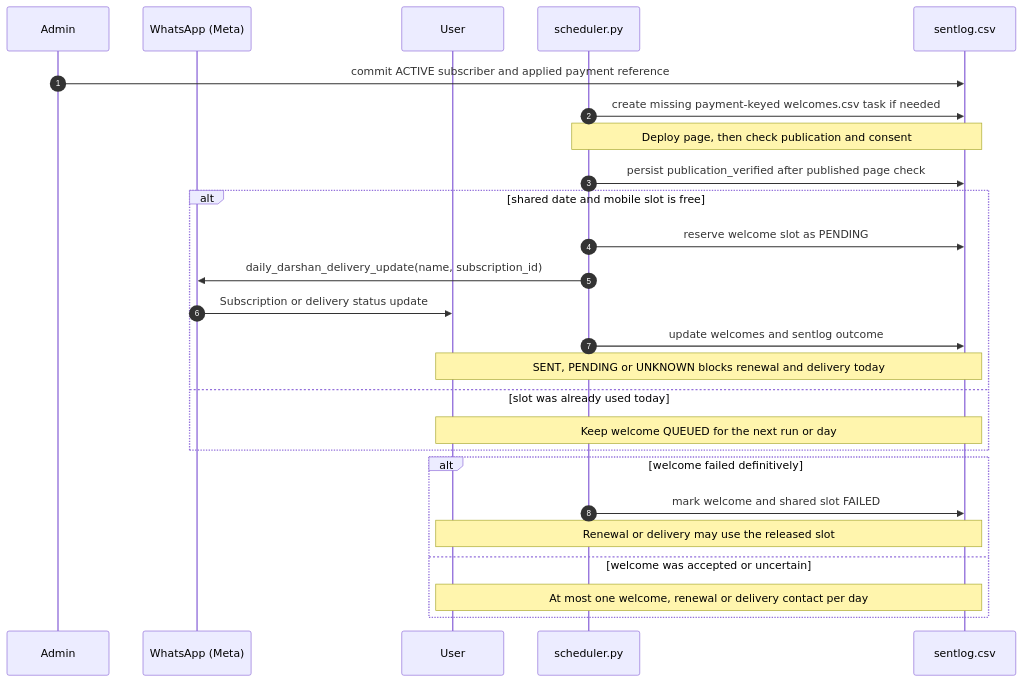
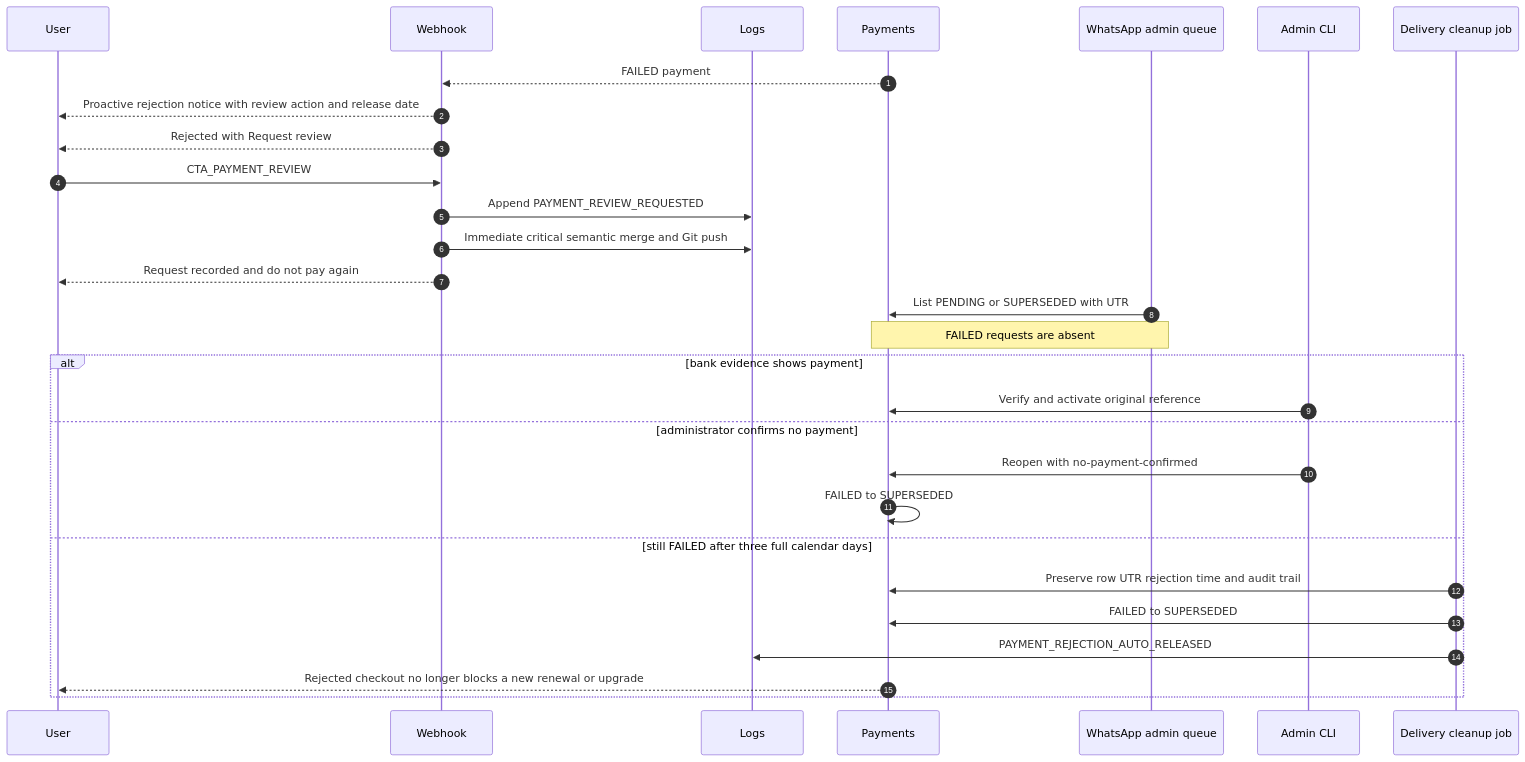
The seventh of 11 diagrams in sequence-diagrams.md (mishnit/daily-darshan), drawn with Mermaid before and after one commit. The commit also changed other lines of this file and 16 other files, not shown here.

````diff
--- a/sequence-diagrams.md
+++ b/sequence-diagrams.md
@@ -488,30 +263,31 @@
 ```mermaid
 sequenceDiagram
     autonumber
-    participant Admin
-    participant WA as WhatsApp (Meta)
     participant User
-    participant Sched as scheduler.py
-    participant Repo as sentlog.csv
-
-    Admin->>Repo: commit ACTIVE subscriber and applied payment reference
-    Sched->>Repo: create missing payment-keyed welcomes.csv task if needed
-    Note over Sched,Repo: Deploy page, then check publication and consent
-    Sched->>Repo: persist publication_verified after published page check
-    alt shared date and mobile slot is free
-        Sched->>Repo: reserve welcome slot as PENDING
-        Sched->>WA: daily_darshan_delivery_update(name, subscription_id)
-        WA->>User: Subscription or delivery status update
-        Sched->>Repo: update welcomes and sentlog outcome
-        Note over User,Repo: SENT, PENDING or UNKNOWN blocks renewal and delivery today
-    else slot was already used today
-        Note over User,Repo: Keep welcome QUEUED for the next run or day
-    end
-
-    alt welcome failed definitively
-        Sched->>Repo: mark welcome and shared slot FAILED
-        Note over User,Repo: Renewal or delivery may use the released slot
-    else welcome was accepted or uncertain
-        Note over User,Repo: At most one welcome, renewal or delivery contact per day
+    participant Webhook
+    participant Logs
+    participant Payments
+    participant AdminWA as WhatsApp admin queue
+    participant AdminCLI as Admin CLI
+    participant Cleanup as Delivery cleanup job
+    Payments-->>Webhook: FAILED payment
+    Webhook-->>User: Proactive rejection notice with review action and release date
+    Webhook-->>User: Rejected with Request review
+    User->>Webhook: CTA_PAYMENT_REVIEW
+    Webhook->>Logs: Append PAYMENT_REVIEW_REQUESTED
+    Webhook->>Logs: Immediate critical semantic merge and Git push
+    Webhook-->>User: Request recorded and do not pay again
+    AdminWA->>Payments: List PENDING or SUPERSEDED with UTR
+    Note over AdminWA,Payments: FAILED requests are absent
+    alt bank evidence shows payment
+        AdminCLI->>Payments: Verify and activate original reference
+    else administrator confirms no payment
+        AdminCLI->>Payments: Reopen with no-payment-confirmed
+        Payments->>Payments: FAILED to SUPERSEDED
+    else still FAILED after three full calendar days
+        Cleanup->>Payments: Preserve row UTR rejection time and audit trail
+        Cleanup->>Payments: FAILED to SUPERSEDED
+        Cleanup->>Logs: PAYMENT_REJECTION_AUTO_RELEASED
+        Payments-->>User: Rejected checkout no longer blocks a new renewal or upgrade
     end
 ```
````
